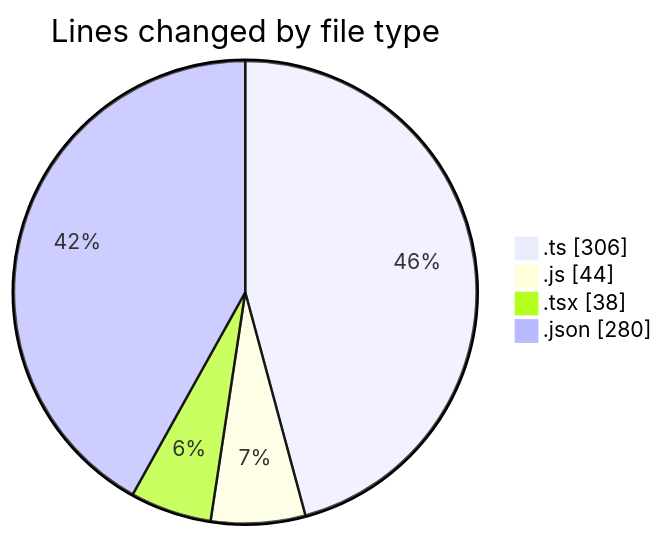
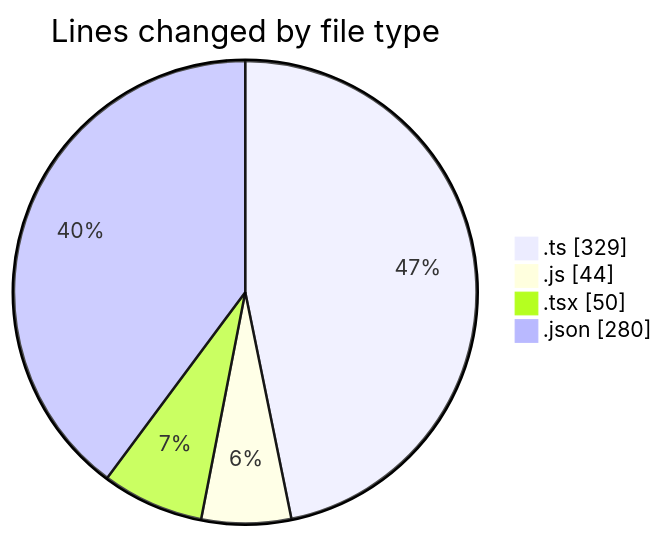
The first of 2 diagrams in 2026-08-03/cda/README.md (momahboobian/code-tracking), drawn with Mermaid before and after one commit. The commit also changed other lines of this file and 1 other file, not shown here.

````diff
--- a/2026-08-03/cda/README.md
+++ b/2026-08-03/cda/README.md
@@ -29,8 +29,8 @@
 ```mermaid
 pie showData
 title Lines changed by file type
-".ts" : 306
+".ts" : 329
 ".js" : 44
-".tsx" : 38
+".tsx" : 50
 ".json" : 280
 ```
````
